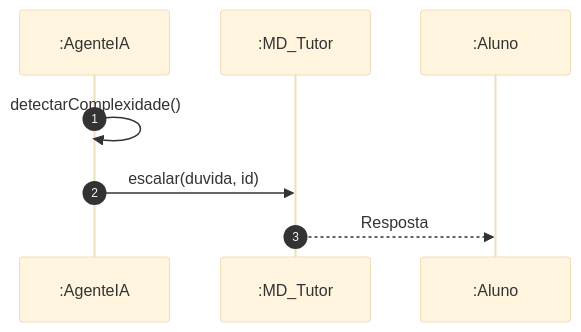
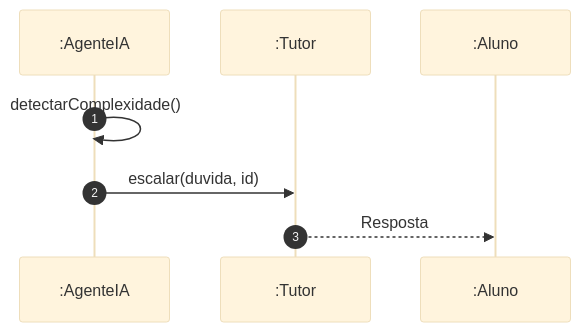
Before and after one commit to MayconDIS/PIM_III-Documentacao_UML: the second of 2 diagrams in PIM_III/02_Modelagem_UML_Astah/UC07_Escalar_Duvida_Tutor/README.md, drawn with Mermaid (base theme). The commit also changed other lines of this file and 86 other files, not shown here.

Commit message:
docs(uml): add comprehensive UML diagrams and tutorials for all 15 use cases

````diff
--- a/PIM_III/02_Modelagem_UML_Astah/UC07_Escalar_Duvida_Tutor/README.md
+++ b/PIM_III/02_Modelagem_UML_Astah/UC07_Escalar_Duvida_Tutor/README.md
@@ -55,10 +55,10 @@
 ```mermaid
 sequenceDiagram
     autonumber
     participant IA as :AgenteIA
-    participant T as :MD_Tutor
+    participant T as :Tutor
     participant Al as :Aluno
     IA->>IA: detectarComplexidade()
     IA->>T: escalar(duvida, id)
     T-->>Al: Resposta
 ```
````
